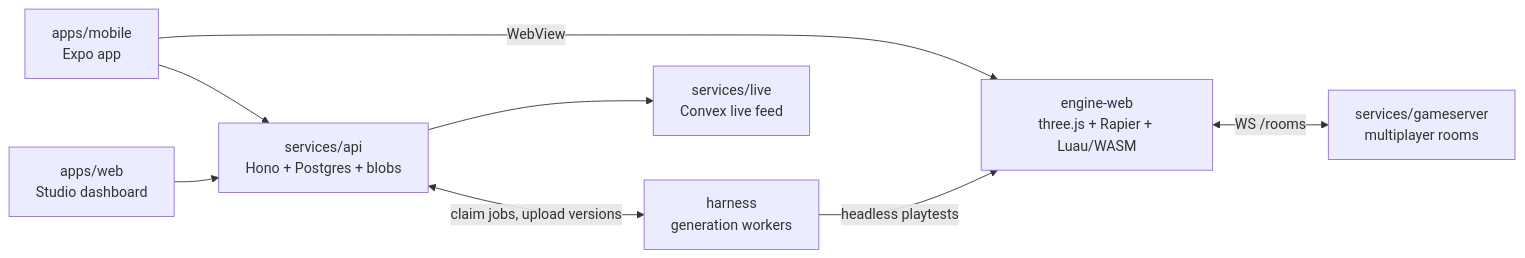
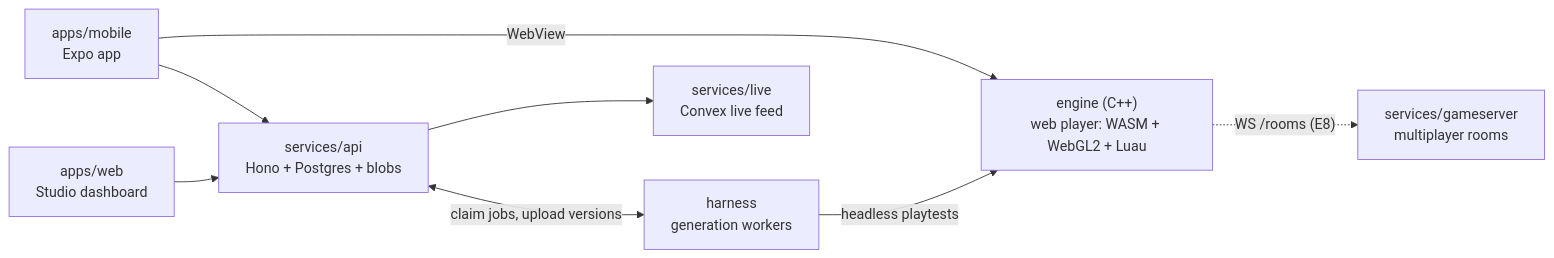
One commit to amansmallest/dreamsy-mono changed the diagram in README.md. Above: the diagram before and after it, drawn with Mermaid. The commit also changed other lines of this file and 2 other files, not shown here.

First line of the commit message:
dev.sh builds and serves the C++ web player; delete deploy.sh

````diff
--- a/README.md
+++ b/README.md
@@ -9,10 +9,10 @@
 ```mermaid
 flowchart LR
   mobile["apps/mobile<br/>Expo app"] --> api
   web["apps/web<br/>Studio dashboard"] --> api
   api["services/api<br/>Hono + Postgres + blobs"] <-- "claim jobs, upload versions" --> harness["harness<br/>generation workers"]
   api --> live["services/live<br/>Convex live feed"]
-  mobile -- WebView --> engine["engine-web<br/>three.js + Rapier + Luau/WASM"]
-  engine <-- "WS /rooms" --> gs["services/gameserver<br/>multiplayer rooms"]
+  mobile -- WebView --> engine["engine (C++)<br/>web player: WASM + WebGL2 + Luau"]
+  engine -. "WS /rooms (E8)" .-> gs["services/gameserver<br/>multiplayer rooms"]
   harness -- "headless playtests" --> engine
 ```
````
